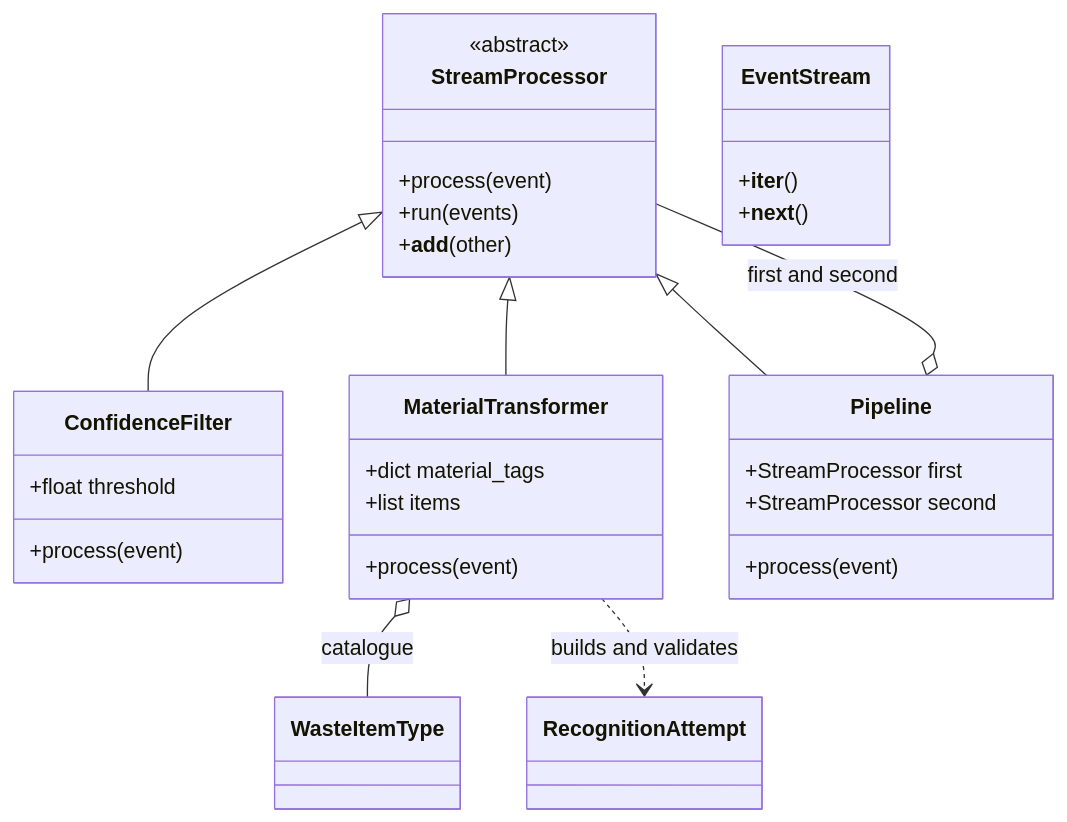
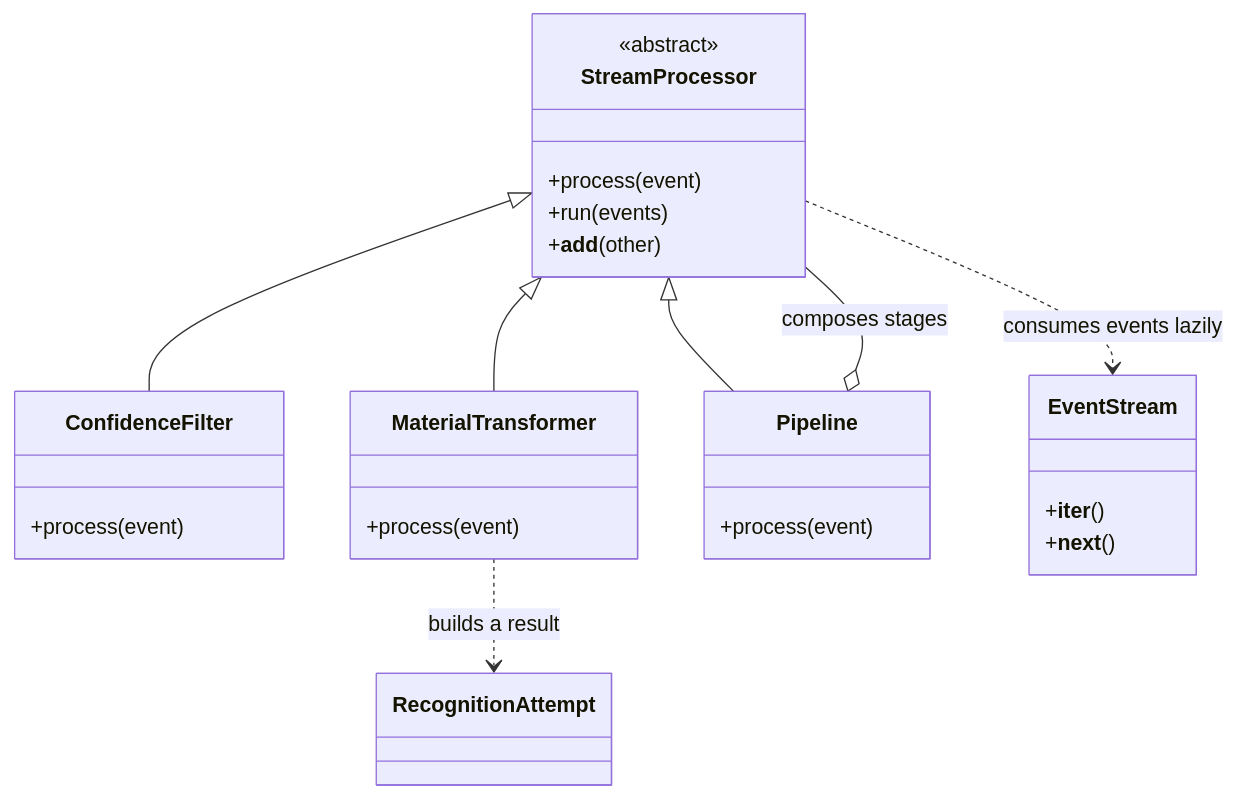
Before and after one commit to adelbasalama/Resort: the diagram in README.md, drawn with Mermaid. The commit also changed other lines of this file and 100 other files, not shown here.

````diff
--- a/README.md
+++ b/README.md
@@ -333,35 +26,29 @@
 ```mermaid
 classDiagram
     class StreamProcessor {
         <<abstract>>
         +process(event)
         +run(events)
         +__add__(other)
     }
     class ConfidenceFilter {
-        +float threshold
         +process(event)
     }
     class MaterialTransformer {
-        +dict material_tags
-        +list items
         +process(event)
     }
     class Pipeline {
-        +StreamProcessor first
-        +StreamProcessor second
         +process(event)
     }
     class EventStream {
         +__iter__()
         +__next__()
     }
-    class WasteItemType
     class RecognitionAttempt
     StreamProcessor <|-- ConfidenceFilter
     StreamProcessor <|-- MaterialTransformer
     StreamProcessor <|-- Pipeline
-    Pipeline o-- StreamProcessor : first and second
-    MaterialTransformer o-- WasteItemType : catalogue
-    MaterialTransformer ..> RecognitionAttempt : builds and validates
+    Pipeline o-- StreamProcessor : composes stages
+    StreamProcessor ..> EventStream : consumes events lazily
+    MaterialTransformer ..> RecognitionAttempt : builds a result
 ```
````
